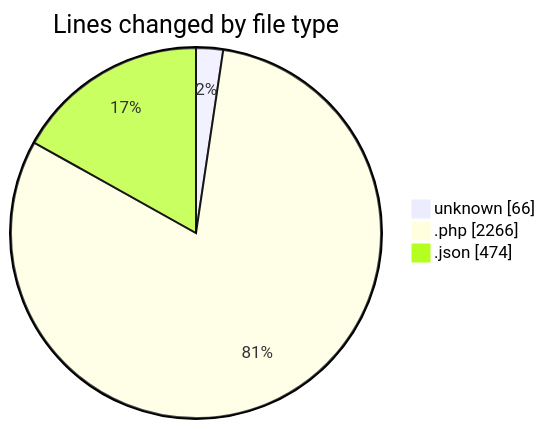
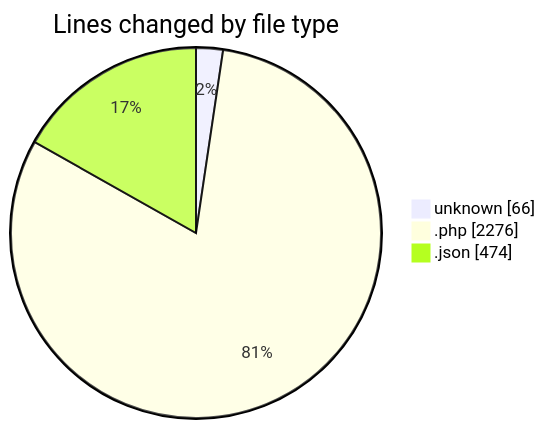
The first of 2 diagrams in 2025-05-27/studio-backend/README.md (idhammustaqopulfikri/code-tracking), drawn with Mermaid before and after one commit. The commit also changed other lines of this file and 1 other file, not shown here.

````diff
--- a/2025-05-27/studio-backend/README.md
+++ b/2025-05-27/studio-backend/README.md
@@ -54,7 +54,7 @@
 ```mermaid
 pie showData
 title Lines changed by file type
 "unknown" : 66
-".php" : 2266
+".php" : 2276
 ".json" : 474
 ```
````
